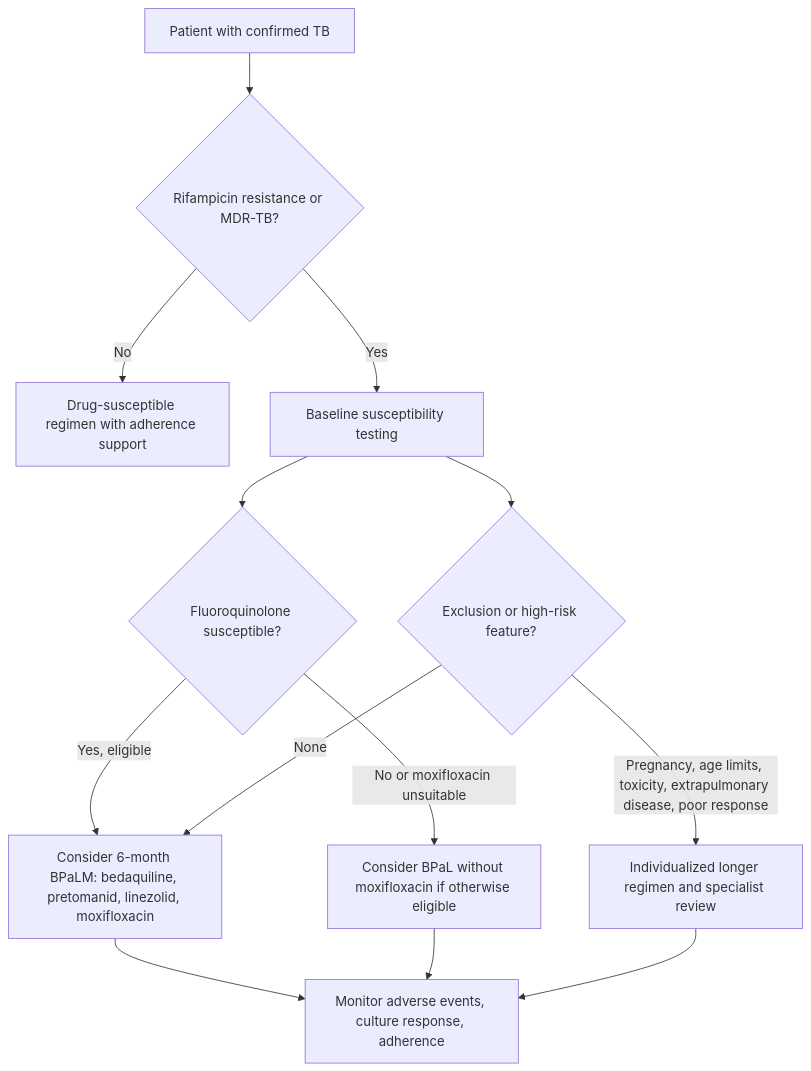
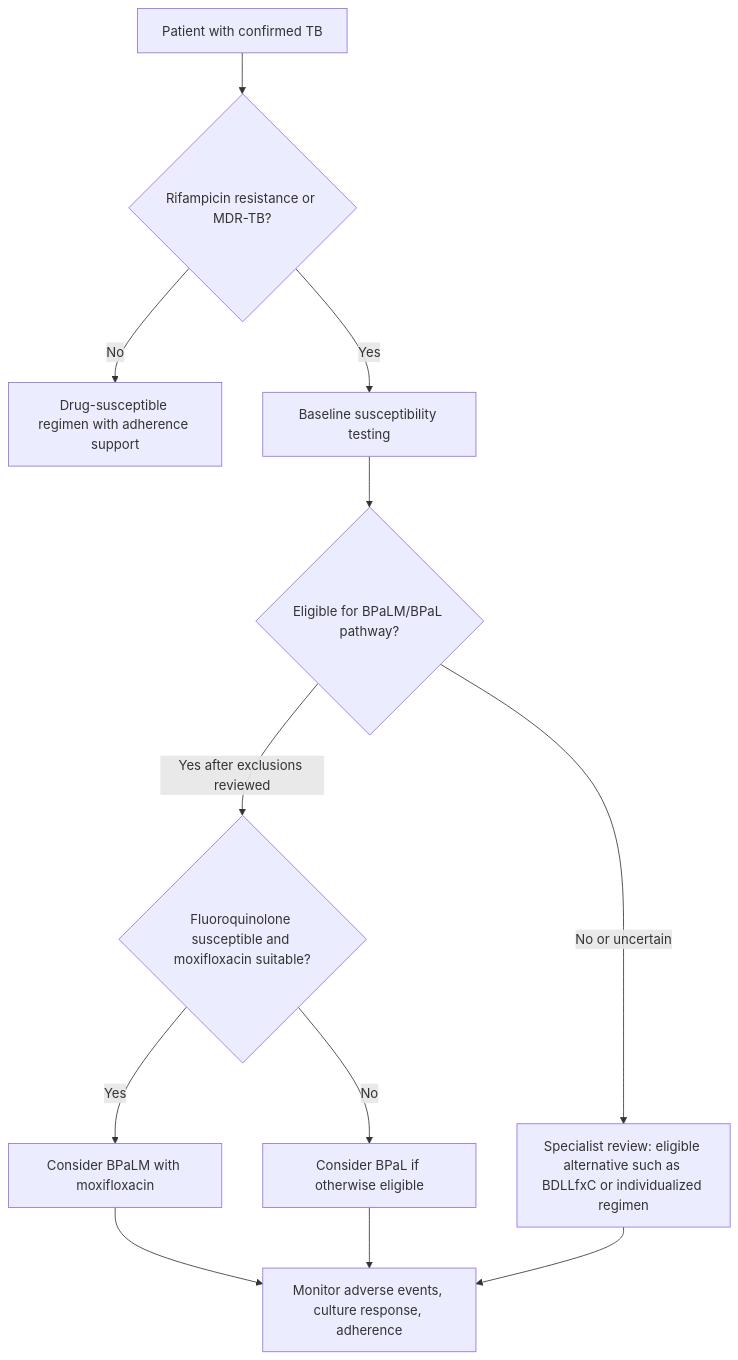
The first of 3 diagrams in docs/manuscript/unit_VII/antimicrobial_resistance_and_epidemiology.md (docxology/biology_textbook), drawn with Mermaid before and after one commit. The commit also changed other lines of this file and 444 other files, not shown here.

````diff
--- a/docs/manuscript/unit_VII/antimicrobial_resistance_and_epidemiology.md
+++ b/docs/manuscript/unit_VII/antimicrobial_resistance_and_epidemiology.md
@@ -224,15 +226,14 @@
 ```mermaid
 flowchart TD
     A["Patient with confirmed TB"] --> B{"Rifampicin resistance or MDR-TB?"}
     B -->|"No"| C["Drug-susceptible regimen with adherence support"]
     B -->|"Yes"| D["Baseline susceptibility testing"]
-    D --> E{"Fluoroquinolone susceptible?"}
-    E -->|"Yes, eligible"| F["Consider 6-month BPaLM: bedaquiline, pretomanid, linezolid, moxifloxacin"]
-    E -->|"No or moxifloxacin unsuitable"| G["Consider BPaL without moxifloxacin if otherwise eligible"]
-    D --> H{"Exclusion or high-risk feature?"}
-    H -->|"Pregnancy, age limits, toxicity, extrapulmonary disease, poor response"| I["Individualized longer regimen and specialist review"]
-    H -->|"None"| F
+    D --> H{"Eligible for BPaLM/BPaL pathway?"}
+    H -->|"Yes after exclusions reviewed"| E{"Fluoroquinolone susceptible and moxifloxacin suitable?"}
+    E -->|"Yes"| F["Consider BPaLM with moxifloxacin"]
+    E -->|"No"| G["Consider BPaL if otherwise eligible"]
+    H -->|"No or uncertain"| I["Specialist review: eligible alternative such as BDLLfxC or individualized regimen"]
     F --> J["Monitor adverse events, culture response, adherence"]
     G --> J
     I --> J
 ```
````
